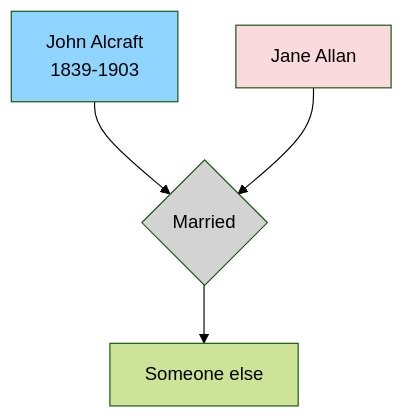
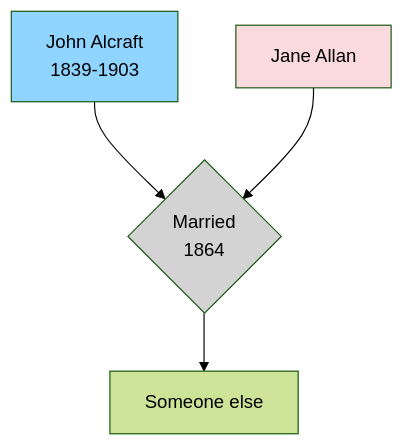
Before and after one commit to RachelAlcraft/family-tree: the diagram in docs/index.md, drawn with Mermaid (forest theme).

````diff
--- a/docs/index.md
+++ b/docs/index.md
@@ -6,13 +6,13 @@
 ``` mermaid
 flowchart TD  
 JA1[John Alcraft\n1839-1903] --> JAJA{Married\n1864};
-JA2[Jane Allan] --> JAJA{Married};  
+JA2[Jane Allan] --> JAJA;  
 JAJA -->D[Someone else];  
 style JAJA fill:#D3D3D3
 style JA1 fill:#90d5ff
 click JA1 "jones" "JA2"
 style JA2 fill:#FADADD
 click JA2 "jones" "JA1"
 
 
 ```
````
